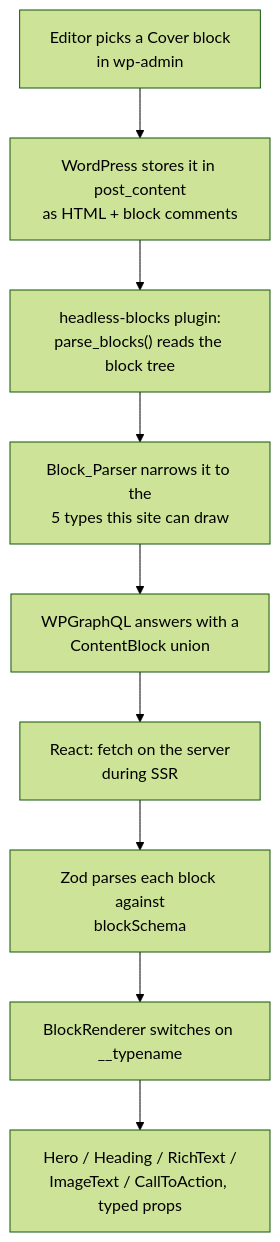
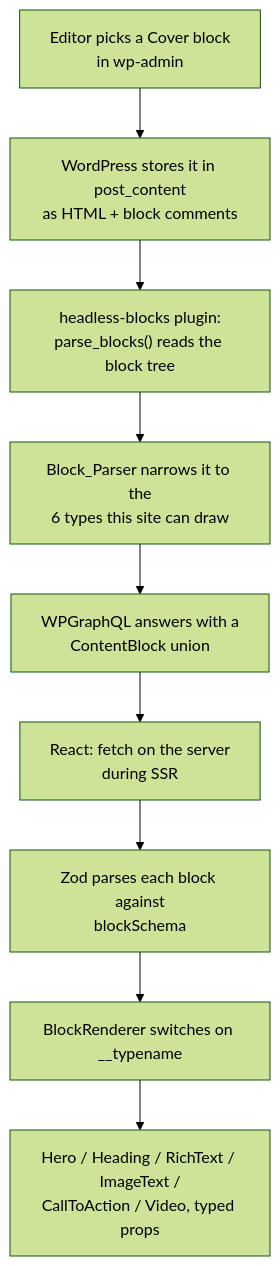
Before and after one commit to mrboyenrey/wp-headless: the second of 2 diagrams in README.md, drawn with Mermaid (forest theme). The commit also changed other lines of this file and 1 other file, not shown here.

Commit message:
docs: the sixth block type

````diff
--- a/README.md
+++ b/README.md
@@ -169,11 +169,11 @@
 ```mermaid
 flowchart TD
     A["Editor picks a Cover block<br/>in wp-admin"] --> B["WordPress stores it in post_content<br/>as HTML + block comments"]
     B --> C["headless-blocks plugin:<br/>parse_blocks() reads the block tree"]
-    C --> D["Block_Parser narrows it to the<br/>5 types this site can draw"]
+    C --> D["Block_Parser narrows it to the<br/>6 types this site can draw"]
     D --> E["WPGraphQL answers with a<br/>ContentBlock union"]
     E --> F["React: fetch on the server<br/>during SSR"]
     F --> G["Zod parses each block against<br/>blockSchema"]
     G --> H["BlockRenderer switches on __typename"]
-    H --> I["Hero / Heading / RichText /<br/>ImageText / CallToAction, typed props"]
+    H --> I["Hero / Heading / RichText / ImageText /<br/>CallToAction / Video, typed props"]
 ```
````
